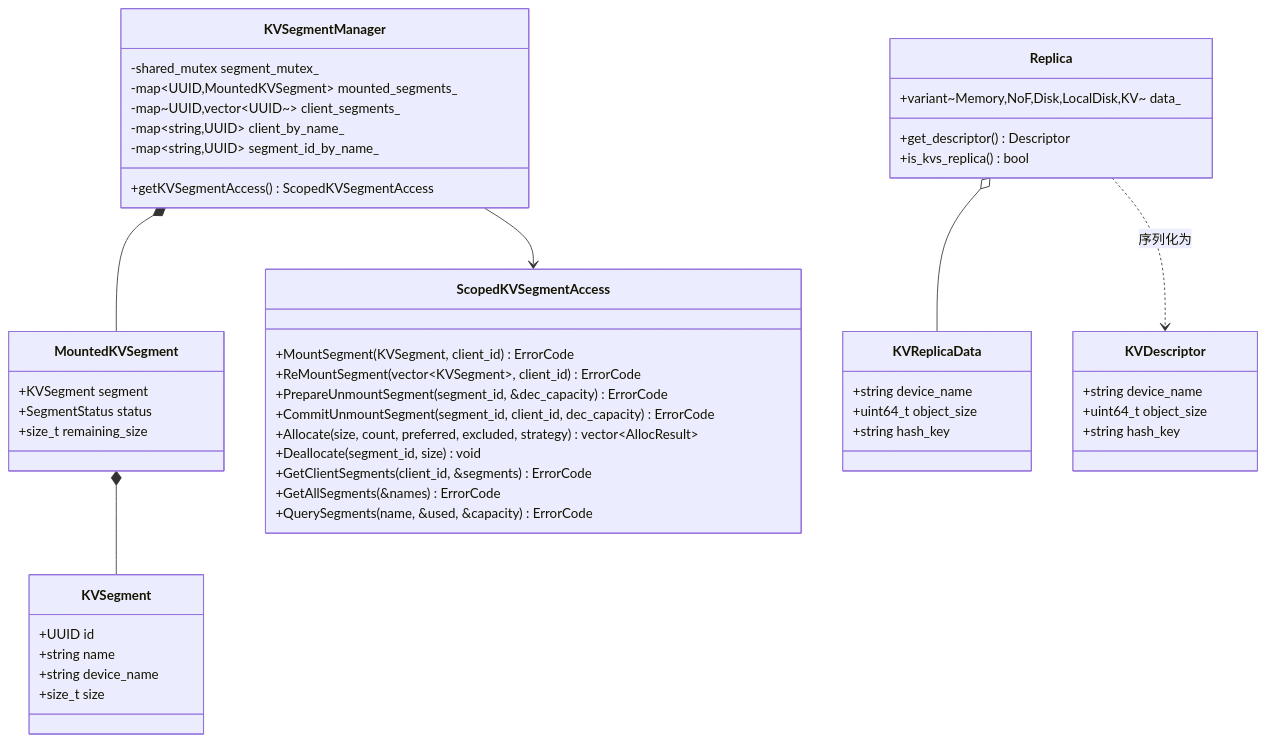
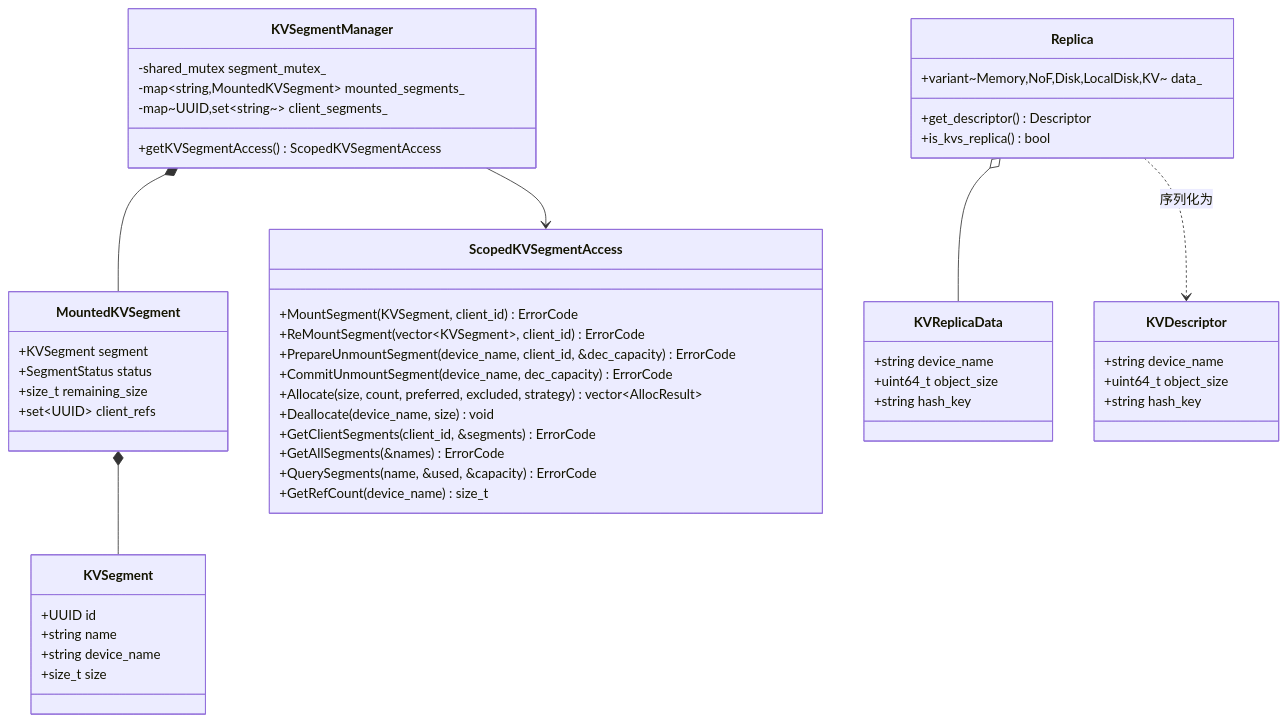
The second of 10 diagrams in mooncake-store/docs/KVUSegment_design.md (yz53665/Mooncake), drawn with Mermaid before and after one commit. The commit also changed other lines of this file, not shown here.

````diff
--- a/mooncake-store/docs/KVUSegment_design.md
+++ b/mooncake-store/docs/KVUSegment_design.md
@@ -70,62 +70,62 @@
 ```mermaid
 classDiagram
     direction TB
 
     class KVSegment {
         +UUID id
         +string name
         +string device_name
         +size_t size
     }
 
     class MountedKVSegment {
         +KVSegment segment
         +SegmentStatus status
         +size_t remaining_size
+        +set~UUID~ client_refs
     }
 
     class KVSegmentManager {
         -shared_mutex segment_mutex_
-        -map~UUID,MountedKVSegment~ mounted_segments_
-        -map~UUID,vector~UUID~~ client_segments_
-        -map~string,UUID~ client_by_name_
-        -map~string,UUID~ segment_id_by_name_
+        -map~string,MountedKVSegment~ mounted_segments_
+        -map~UUID,set~string~~ client_segments_
         +getKVSegmentAccess() ScopedKVSegmentAccess
     }
 
     class ScopedKVSegmentAccess {
         +MountSegment(KVSegment, client_id) ErrorCode
         +ReMountSegment(vector~KVSegment~, client_id) ErrorCode
-        +PrepareUnmountSegment(segment_id, &dec_capacity) ErrorCode
-        +CommitUnmountSegment(segment_id, client_id, dec_capacity) ErrorCode
+        +PrepareUnmountSegment(device_name, client_id, &dec_capacity) ErrorCode
+        +CommitUnmountSegment(device_name, dec_capacity) ErrorCode
         +Allocate(size, count, preferred, excluded, strategy) vector~AllocResult~
-        +Deallocate(segment_id, size) void
+        +Deallocate(device_name, size) void
         +GetClientSegments(client_id, &segments) ErrorCode
         +GetAllSegments(&names) ErrorCode
         +QuerySegments(name, &used, &capacity) ErrorCode
+        +GetRefCount(device_name) size_t
     }
 
     class KVReplicaData {
         +string device_name
         +uint64_t object_size
         +string hash_key
     }
 
     class KVDescriptor {
         +string device_name
         +uint64_t object_size
         +string hash_key
     }
 
     class Replica {
         +variant~Memory,NoF,Disk,LocalDisk,KV~ data_
         +get_descriptor() Descriptor
         +is_kvs_replica() bool
     }
 
     KVSegmentManager *-- MountedKVSegment
     MountedKVSegment *-- KVSegment
     KVSegmentManager --> ScopedKVSegmentAccess
     Replica o-- KVReplicaData
     Replica ..> KVDescriptor : 序列化为
 ```
````
